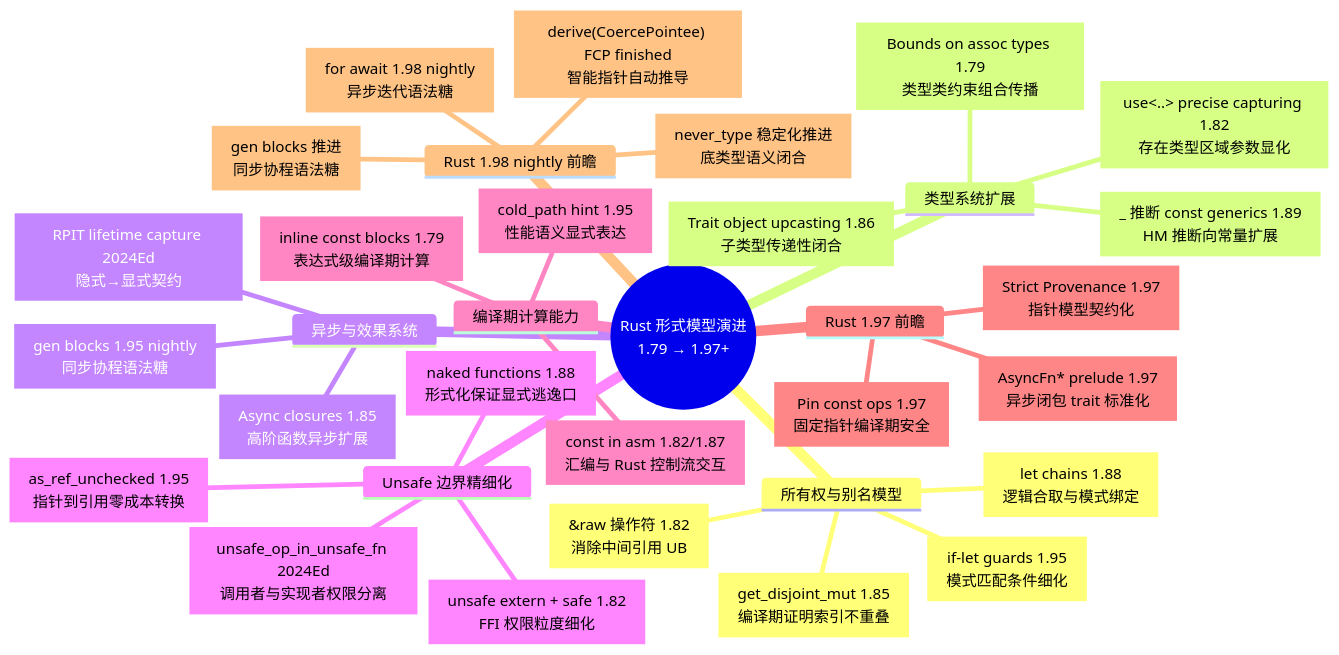
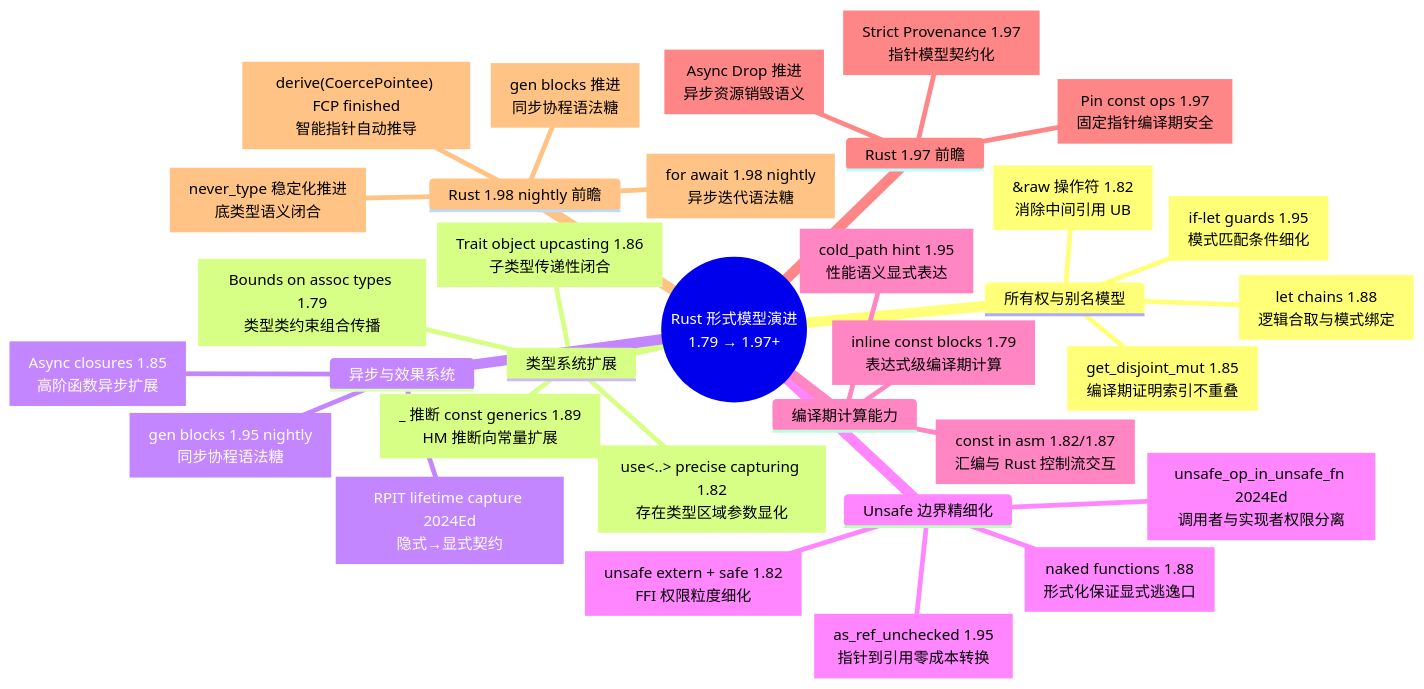
Before and after one commit to martin-ly/rust-lang: the first of 3 diagrams in concept/07_future/05_rust_version_tracking.md, drawn with Mermaid. The commit also changed other lines of this file and 715 other files, not shown here.

````diff
--- a/concept/07_future/05_rust_version_tracking.md
+++ b/concept/07_future/05_rust_version_tracking.md
@@ -46,36 +46,36 @@
 ```mermaid
 mindmap
   root((Rust 形式模型演进<br/>1.79 → 1.97+))
     所有权与别名模型
       raw_op[&raw 操作符 1.82<br/>消除中间引用 UB]
       if_let_guards[if-let guards 1.95<br/>模式匹配条件细化]
       let_chains[let chains 1.88<br/>逻辑合取与模式绑定]
       get_disjoint[get_disjoint_mut 1.85<br/>编译期证明索引不重叠]
     类型系统扩展
       precise_capturing[use&lt;..&gt; precise capturing 1.82<br/>存在类型区域参数显化]
       trait_upcasting[Trait object upcasting 1.86<br/>子类型传递性闭合]
       infer_const[_ 推断 const generics 1.89<br/>HM 推断向常量扩展]
       assoc_bounds[Bounds on assoc types 1.79<br/>类型类约束组合传播]
     异步与效果系统
       async_closures[Async closures 1.85<br/>高阶函数异步扩展]
       rpit_capture[RPIT lifetime capture 2024Ed<br/>隐式→显式契约]
       gen_blocks[gen blocks 1.95 nightly<br/>同步协程语法糖]
     Unsafe 边界精细化
       unsafe_extern[unsafe extern + safe 1.82<br/>FFI 权限粒度细化]
       naked[naked functions 1.88<br/>形式化保证显式逃逸口]
       unsafe_op[unsafe_op_in_unsafe_fn 2024Ed<br/>调用者与实现者权限分离]
       as_ref_unchecked[as_ref_unchecked 1.95<br/>指针到引用零成本转换]
     编译期计算能力
       inline_const[inline const blocks 1.79<br/>表达式级编译期计算]
       const_asm[const in asm 1.82/1.87<br/>汇编与 Rust 控制流交互]
       cold_path[cold_path hint 1.95<br/>性能语义显式表达]
     Rust 1.97 前瞻
-      async_fn_prelude[AsyncFn* prelude 1.97<br/>异步闭包 trait 标准化]
+      async_drop[Async Drop 推进<br/>异步资源销毁语义]
       strict_provenance[Strict Provenance 1.97<br/>指针模型契约化]
       pin_const[Pin const ops 1.97<br/>固定指针编译期安全]
     Rust 1.98 nightly 前瞻
       gen_blocks_stable[gen blocks 推进<br/>同步协程语法糖]
       async_for_loop[for await 1.98 nightly<br/>异步迭代语法糖]
       coerce_pointee["derive(CoercePointee) FCP finished<br/>智能指针自动推导"]
       never_type_stable[never_type 稳定化推进<br/>底类型语义闭合]
 ```
````
